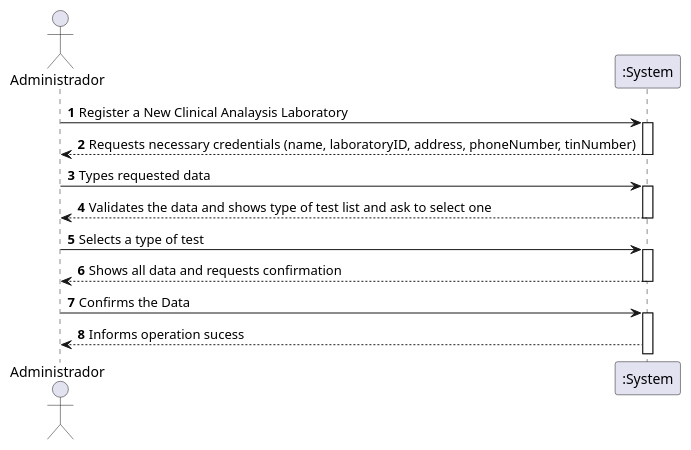
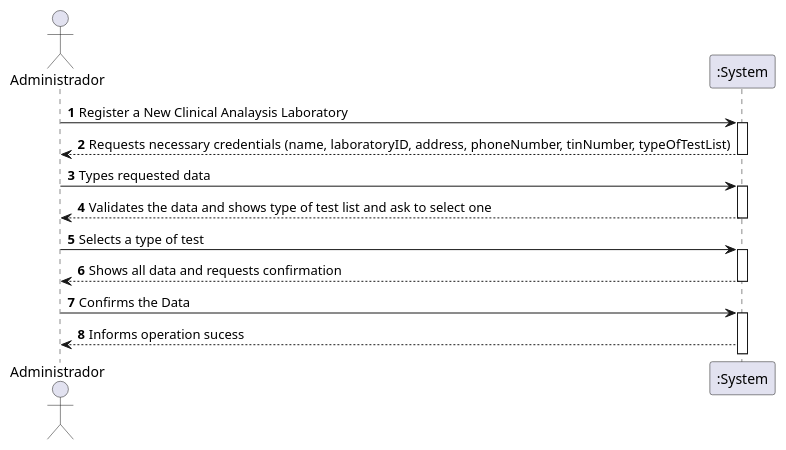
Before and after one commit to GuilhermeCunha79/lapr2: the diagram in docs/SprintB/US8/UC8_SSD.puml, drawn with PlantUML. The commit also changed 2 other files, not shown here.

Commit message:
[US-8] Update US8_ Finish Engineering Requirements AND all Diagrams

```diff
--- a/docs/SprintB/US8/UC8_SSD.puml
+++ b/docs/SprintB/US8/UC8_SSD.puml
@@ -1,26 +1,26 @@
 @startuml
 autonumber
 'hide footbox
 actor "Administrador" as ADMIN
 
 participant ":System" as SYSTEM
 
 ADMIN -> SYSTEM : Register a New Clinical Analaysis Laboratory
 activate SYSTEM
-SYSTEM --> ADMIN : Requests necessary credentials (name, laboratoryID, address, phoneNumber, tinNumber)
+SYSTEM --> ADMIN : Requests necessary credentials (name, laboratoryID, address, phoneNumber, tinNumber, typeOfTestList)
 deactivate SYSTEM
 
 ADMIN -> SYSTEM : Types requested data
 activate SYSTEM
 SYSTEM --> ADMIN : Validates the data and shows type of test list and ask to select one
 deactivate SYSTEM
 
 ADMIN -> SYSTEM : Selects a type of test
 activate SYSTEM
 SYSTEM --> ADMIN : Shows all data and requests confirmation
 deactivate SYSTEM
 ADMIN -> SYSTEM : Confirms the Data
 activate SYSTEM
 SYSTEM --> ADMIN : Informs operation sucess
 
 @enduml
```
